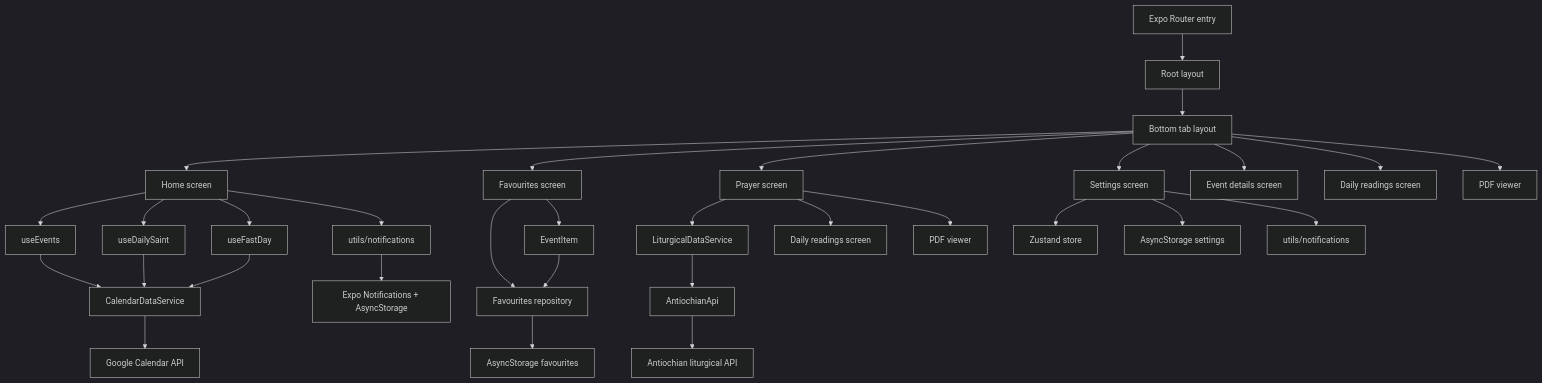
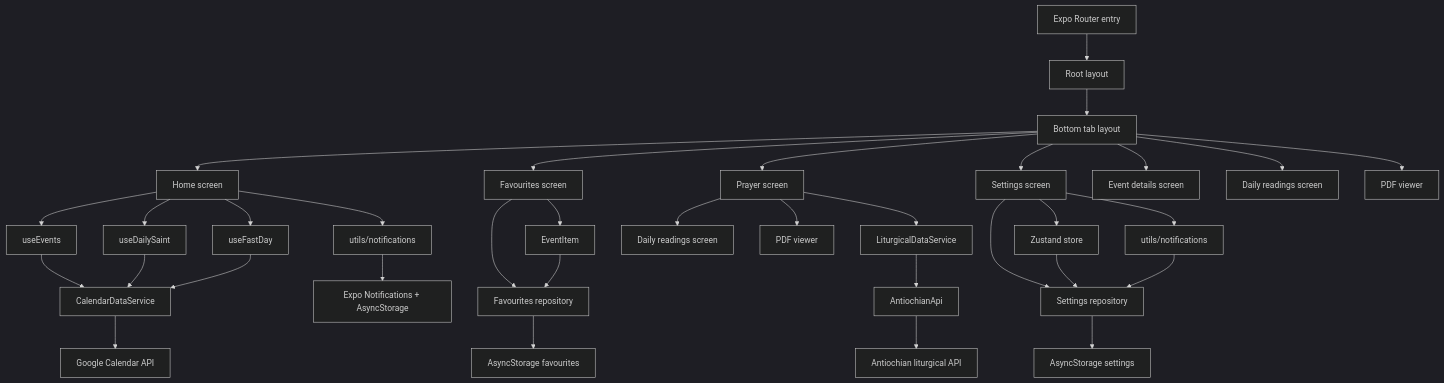
The diagram in docs/current-architecture.md (Edesem/SPAOC), drawn with Mermaid (dark theme) before and after one commit. The commit also changed other lines of this file, not shown here.

First line of the commit message:
docs: describe the settings repository in the architecture doc

````diff
--- a/docs/current-architecture.md
+++ b/docs/current-architecture.md
@@ -54,37 +54,40 @@
 ```mermaid
 flowchart TD
     A[Expo Router entry] --> B[Root layout]
     B --> C[Bottom tab layout]
     C --> D[Home screen]
     C --> E[Favourites screen]
     C --> F[Prayer screen]
     C --> G[Settings screen]
     C --> H[Event details screen]
     C --> I[Daily readings screen]
     C --> J[PDF viewer]
 
     D --> D1[useEvents]
     D --> D2[useDailySaint]
     D --> D3[useFastDay]
     D --> D4[utils/notifications]
     D1 --> D0[CalendarDataService]
     D2 --> D0
     D3 --> D0
     D0 --> D5[Google Calendar API]
     D4 --> D8[Expo Notifications + AsyncStorage]
 
     E --> E0[Favourites repository]
     E --> E2[EventItem]
     E2 --> E0
     E0 --> E1[AsyncStorage favourites]
 
     F --> F0[LiturgicalDataService]
     F0 --> F1[AntiochianApi]
     F1 --> F2[Antiochian liturgical API]
     F --> F3[Daily readings screen]
     F --> F4[PDF viewer]
 
     G --> G1[Zustand store]
-    G --> G2[AsyncStorage settings]
+    G --> G0[Settings repository]
+    G1 --> G0
     G --> G3[utils/notifications]
+    G3 --> G0
+    G0 --> G2[AsyncStorage settings]
 ```
````
